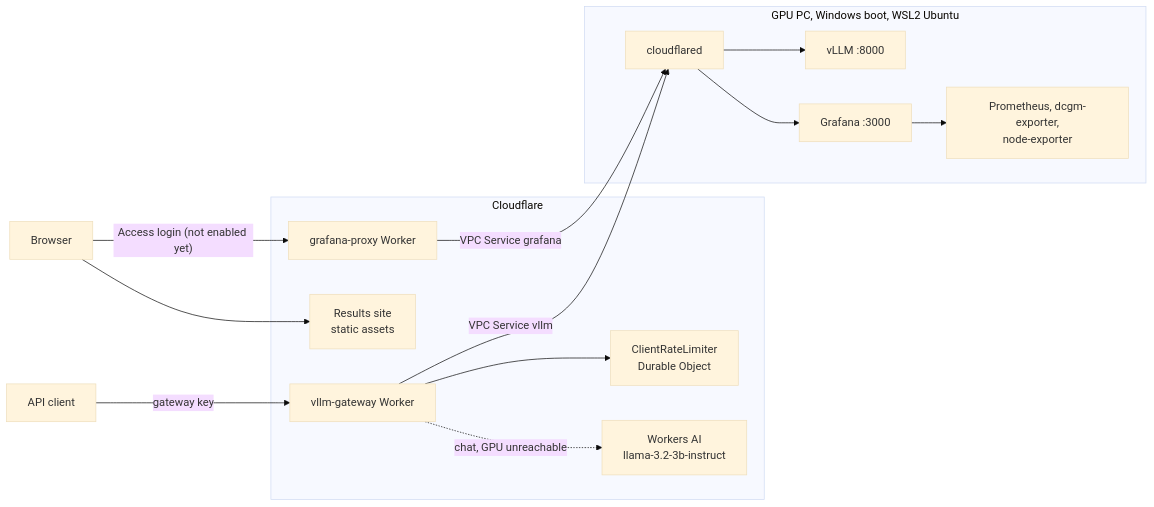
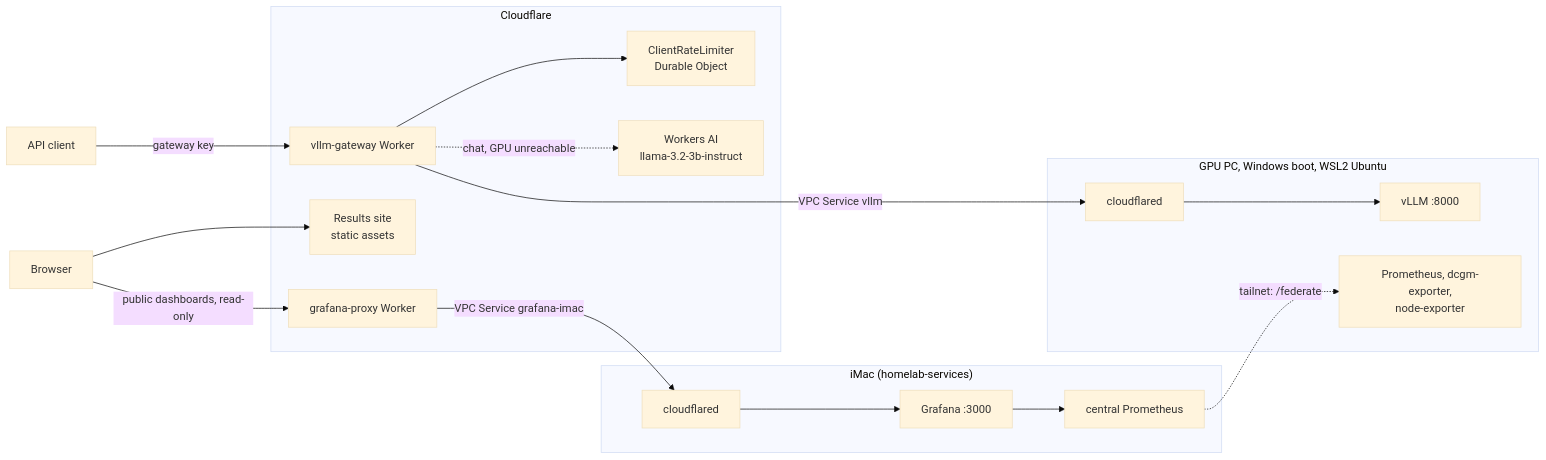
The diagram in docs/CLOUDFLARE.md (zakiscoding/gpu-systems-lab), drawn with Mermaid (base theme) before and after one commit. The commit also changed other lines of this file and 8 other files, not shown here.

First line of the commit message:
Serve the homelab's dashboards publicly, read-only

````diff
--- a/docs/CLOUDFLARE.md
+++ b/docs/CLOUDFLARE.md
@@ -31,26 +32,31 @@
 ```mermaid
 flowchart LR
     C["API client"] -- "gateway key" --> GW
     B["Browser"] --> S["Results site<br/>static assets"]
-    B -- "Access login (not enabled yet)" --> GP
+    B -- "public dashboards, read-only" --> GP
     subgraph CF["Cloudflare"]
         GW["vllm-gateway Worker"]
         DO["ClientRateLimiter<br/>Durable Object"]
         AI["Workers AI<br/>llama-3.2-3b-instruct"]
         GP["grafana-proxy Worker"]
         S
     end
+    subgraph IM["iMac (homelab-services)"]
+        CI["cloudflared"]
+        G["Grafana :3000"]
+        PI["central Prometheus"]
+    end
     subgraph PC["GPU PC, Windows boot, WSL2 Ubuntu"]
         CD["cloudflared"]
         V["vLLM :8000"]
-        G["Grafana :3000"]
         P["Prometheus, dcgm-exporter,<br/>node-exporter"]
     end
     GW --> DO
     GW -. "chat, GPU unreachable" .-> AI
     GW -- "VPC Service vllm" --> CD
-    GP -- "VPC Service grafana" --> CD
+    GP -- "VPC Service grafana-imac" --> CI
+    CI --> G
+    G --> PI
+    PI -. "tailnet: /federate" .-> P
     CD --> V
-    CD --> G
-    G --> P
 ```
````
